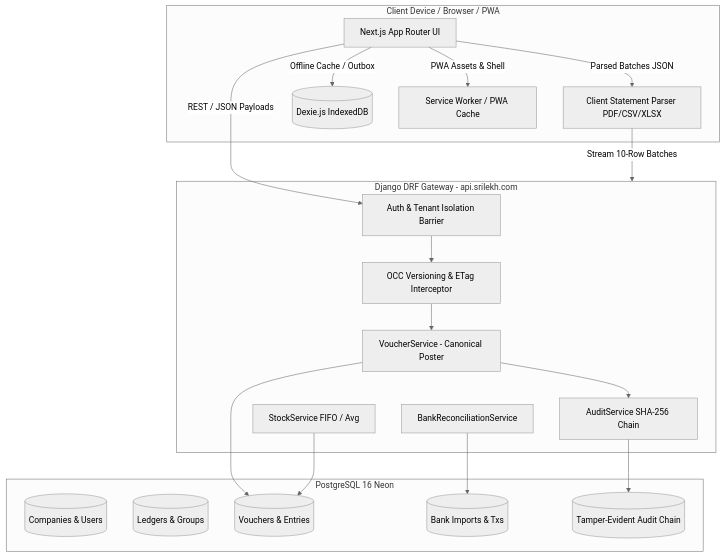
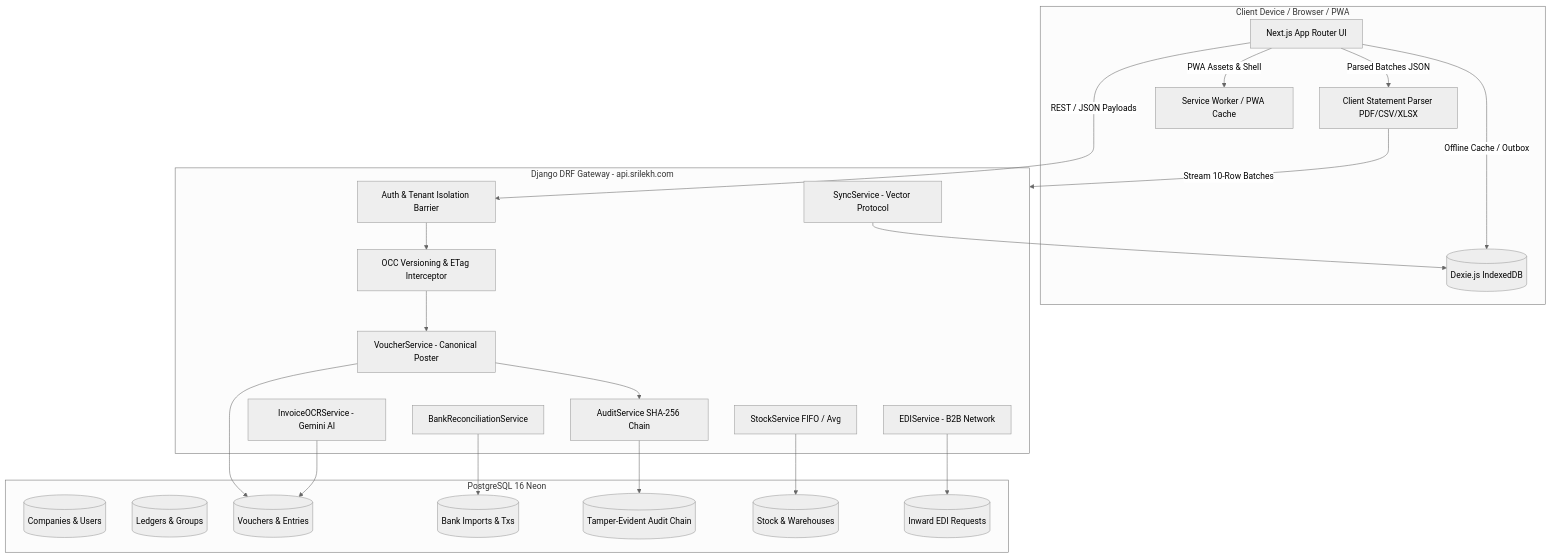
Before and after one commit to prakhar2207/Vouch: the diagram in docs/trust-flexibility/EXISTING_ARCHITECTURE_MAP.md, drawn with Mermaid (neutral theme). The commit also changed other lines of this file and 3 other files, not shown here.

Commit message:
docs(trust-flexibility): complete 15-domain architecture map and incremental implementation plan

````diff
--- a/docs/trust-flexibility/EXISTING_ARCHITECTURE_MAP.md
+++ b/docs/trust-flexibility/EXISTING_ARCHITECTURE_MAP.md
@@ -31,37 +31,45 @@
 ```mermaid
 flowchart TD
     subgraph Client [Client Device / Browser / PWA]
         UI[Next.js App Router UI]
         CSP[Client Statement Parser PDF/CSV/XLSX]
         IDB[(Dexie.js IndexedDB)]
         SW[Service Worker / PWA Cache]
     end
 
     subgraph API [Django DRF Gateway - api.srilekh.com]
         MW[Auth & Tenant Isolation Barrier]
         OCC[OCC Versioning & ETag Interceptor]
         VSRV[VoucherService - Canonical Poster]
         BSRV[BankReconciliationService]
         ASRV[AuditService SHA-256 Chain]
         ISRV[StockService FIFO / Avg]
+        OCRS[InvoiceOCRService - Gemini AI]
+        EDIS[EDIService - B2B Network]
+        SYNS[SyncService - Vector Protocol]
     end
 
     subgraph Data [PostgreSQL 16 Neon]
         PG_CO[(Companies & Users)]
         PG_LED[(Ledgers & Groups)]
         PG_VOUCH[(Vouchers & Entries)]
         PG_BANK[(Bank Imports & Txs)]
         PG_AUD[(Tamper-Evident Audit Chain)]
+        PG_INV[(Stock & Warehouses)]
+        PG_EDI[(Inward EDI Requests)]
     end
 
     UI -->|PWA Assets & Shell| SW
     UI -->|Offline Cache / Outbox| IDB
     UI -->|Parsed Batches JSON| CSP
     CSP -->|Stream 10-Row Batches| API
     UI -->|REST / JSON Payloads| MW
     MW --> OCC --> VSRV
     VSRV --> PG_VOUCH
     VSRV --> ASRV --> PG_AUD
     BSRV --> PG_BANK
-    ISRV --> PG_VOUCH
+    ISRV --> PG_INV
+    OCRS --> PG_VOUCH
+    EDIS --> PG_EDI
+    SYNS --> IDB
 ```
````
